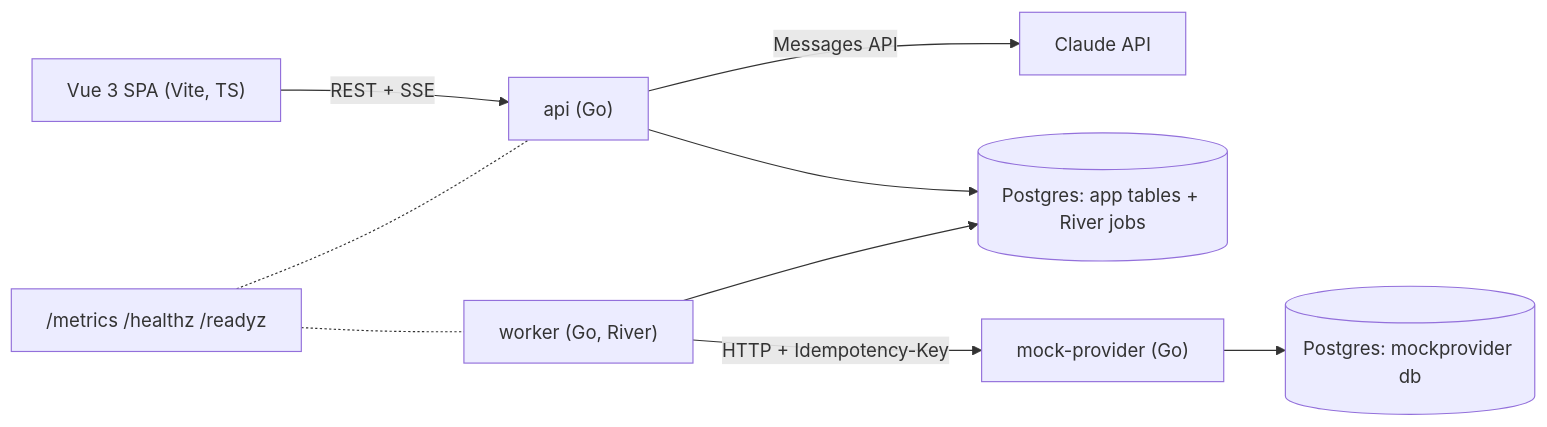
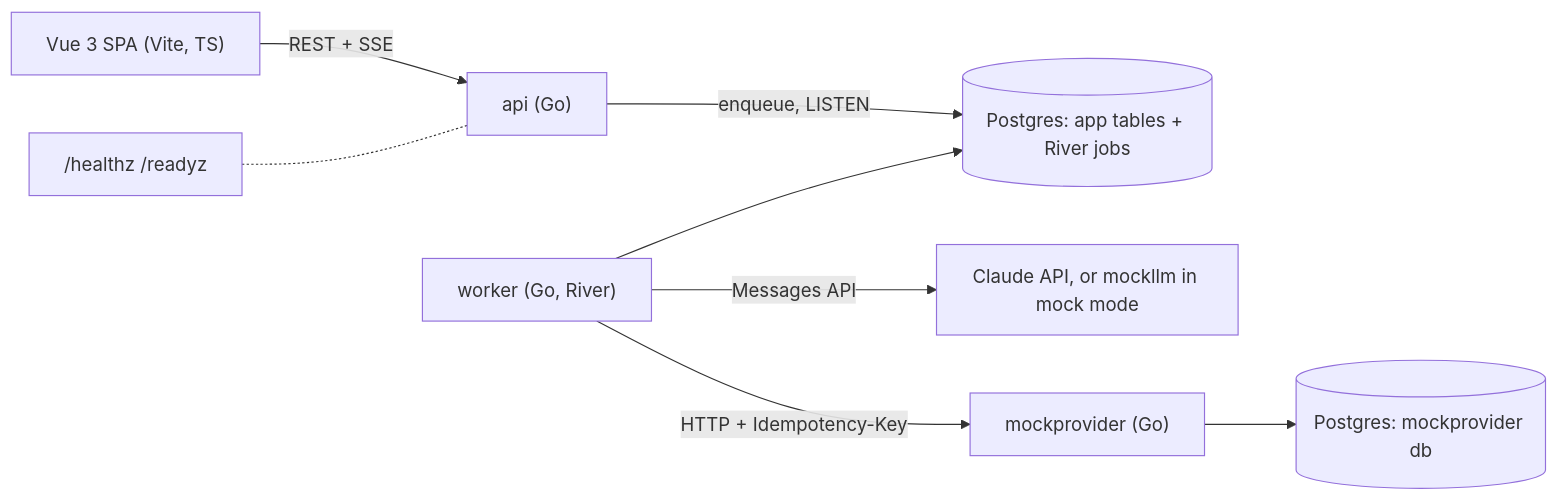
One commit to BoraKaraman1/insider_one_smart_composer_case changed the first of 3 diagrams in docs/ARCHITECTURE.md. Above: the diagram before and after it, drawn with Mermaid. The commit also changed other lines of this file and 16 other files, not shown here.

````diff
--- a/docs/ARCHITECTURE.md
+++ b/docs/ARCHITECTURE.md
@@ -28,11 +28,10 @@
 ```mermaid
 flowchart LR
   UI["Vue 3 SPA (Vite, TS)"] -->|REST + SSE| API["api (Go)"]
-  API -->|Messages API| Claude["Claude API"]
-  API --> PG[("Postgres: app tables + River jobs")]
+  API -->|enqueue, LISTEN| PG[("Postgres: app tables + River jobs")]
   W["worker (Go, River)"] --> PG
-  W -->|HTTP + Idempotency-Key| MP["mock-provider (Go)"]
+  W -->|Messages API| Claude["Claude API, or mockllm in mock mode"]
+  W -->|HTTP + Idempotency-Key| MP["mockprovider (Go)"]
   MP --> MPDB[("Postgres: mockprovider db")]
-  OPS["/metrics /healthz /readyz"] -.- API
-  OPS -.- W
+  OPS["/healthz /readyz"] -.- API
 ```
````
